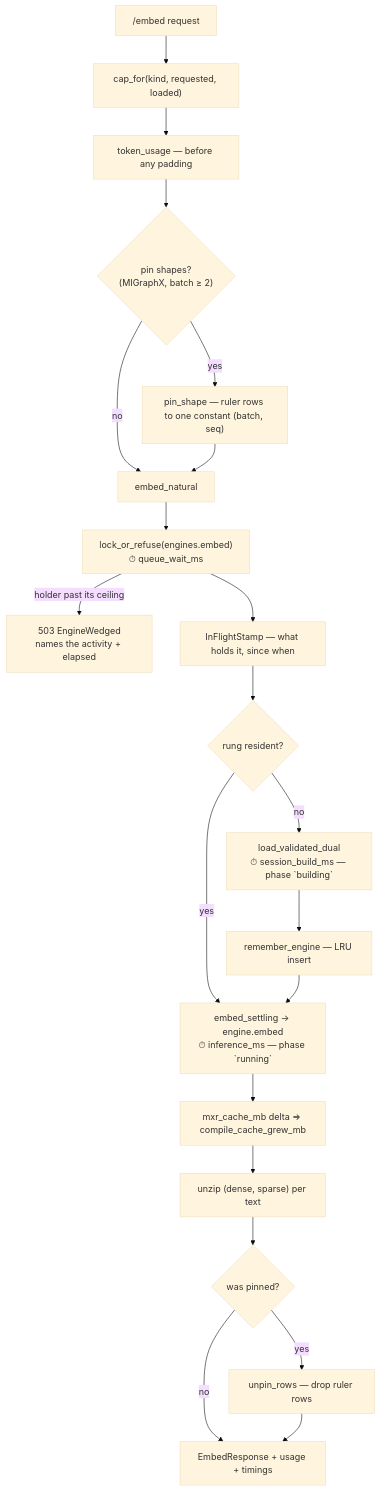
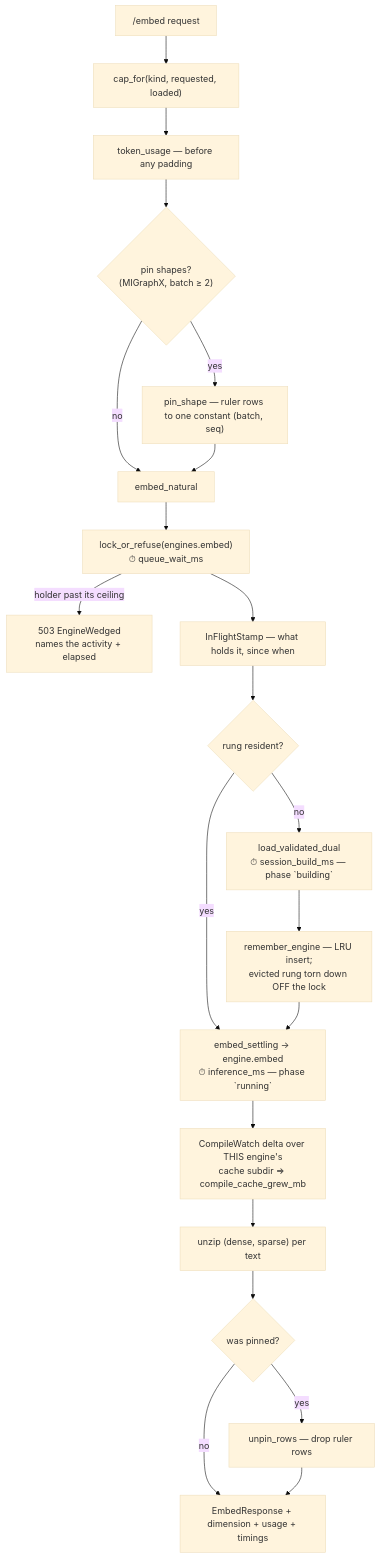
Before and after one commit to oleksandrdubyna88/dew_flow_sidecar_rust: the diagram in research/module_inference.md, drawn with Mermaid (base theme). The commit also changed other lines of this file and 7 other files, not shown here.

First line of the commit message:
fix(reliability): teardown off the lock, a stated body limit, per-engine compile growth

````diff
--- a/research/module_inference.md
+++ b/research/module_inference.md
@@ -16,24 +16,24 @@
 ```mermaid
 flowchart TD
     REQ["/embed request"] --> CAP["cap_for(kind, requested, loaded)"]
     CAP --> USAGE["token_usage — before any padding"]
     USAGE --> PIN{"pin shapes?<br/>(MIGraphX, batch ≥ 2)"}
     PIN -->|yes| RULER["pin_shape — ruler rows to one constant (batch, seq)"]
     PIN -->|no| NATURAL
     RULER --> NATURAL["embed_natural"]
 
     NATURAL --> WAIT["lock_or_refuse(engines.embed)<br/>⏱ queue_wait_ms"]
     WAIT -->|holder past its ceiling| REFUSE["503 EngineWedged<br/>names the activity + elapsed"]
     WAIT --> STAMP["InFlightStamp — what holds it, since when"]
     STAMP --> RESIDENT{"rung resident?"}
     RESIDENT -->|no| BUILD["load_validated_dual<br/>⏱ session_build_ms — phase `building`"]
     RESIDENT -->|yes| RUN
-    BUILD --> REMEMBER["remember_engine — LRU insert"]
+    BUILD --> REMEMBER["remember_engine — LRU insert;<br/>evicted rung torn down OFF the lock"]
     REMEMBER --> RUN["embed_settling → engine.embed<br/>⏱ inference_ms — phase `running`"]
-    RUN --> GROWTH["mxr_cache_mb delta ⇒ compile_cache_grew_mb"]
+    RUN --> GROWTH["CompileWatch delta over THIS engine's<br/>cache subdir ⇒ compile_cache_grew_mb"]
     GROWTH --> UNZIP["unzip (dense, sparse) per text"]
     UNZIP --> UNPIN{"was pinned?"}
     UNPIN -->|yes| STRIP["unpin_rows — drop ruler rows"]
     UNPIN -->|no| OUT
-    STRIP --> OUT["EmbedResponse + usage + timings"]
+    STRIP --> OUT["EmbedResponse + dimension + usage + timings"]
 ```
````
